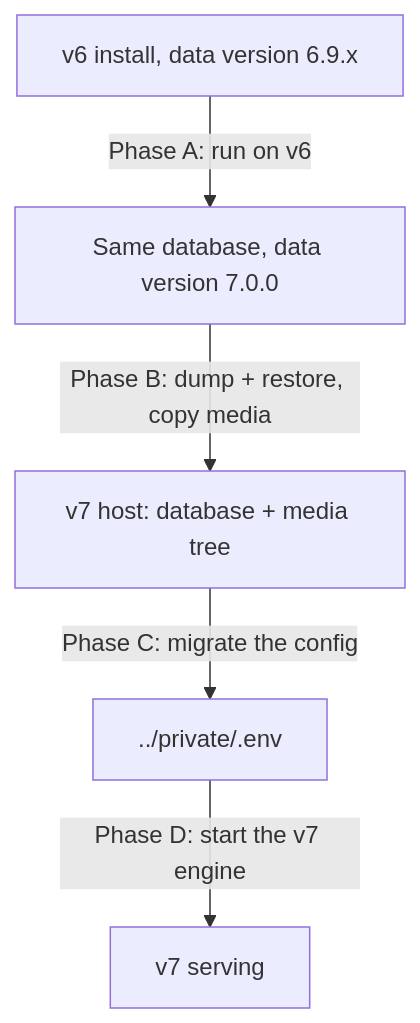
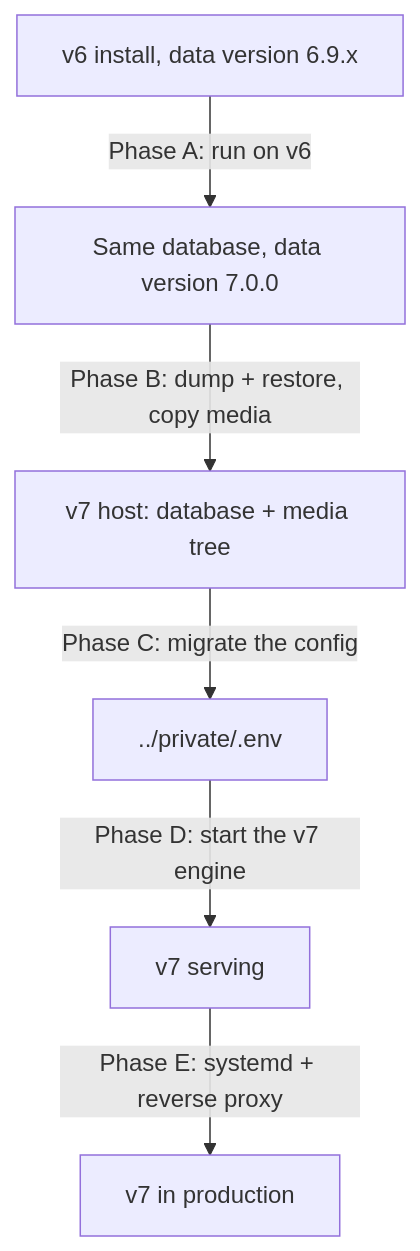
Before and after one commit to renderpci/dedalo: the diagram in docs/install/migrating_from_v6.md, drawn with Mermaid. The commit also changed other lines of this file and 4 other files, not shown here.

````diff
--- a/docs/install/migrating_from_v6.md
+++ b/docs/install/migrating_from_v6.md
@@ -11,7 +11,8 @@
 ```mermaid
 flowchart TD
     A[v6 install, data version 6.9.x] -->|Phase A: run on v6| B[Same database, data version 7.0.0]
     B -->|Phase B: dump + restore, copy media| C[v7 host: database + media tree]
     C -->|Phase C: migrate the config| D[../private/.env]
     D -->|Phase D: start the v7 engine| E[v7 serving]
+    E -->|Phase E: systemd + reverse proxy| F[v7 in production]
 ```
````
